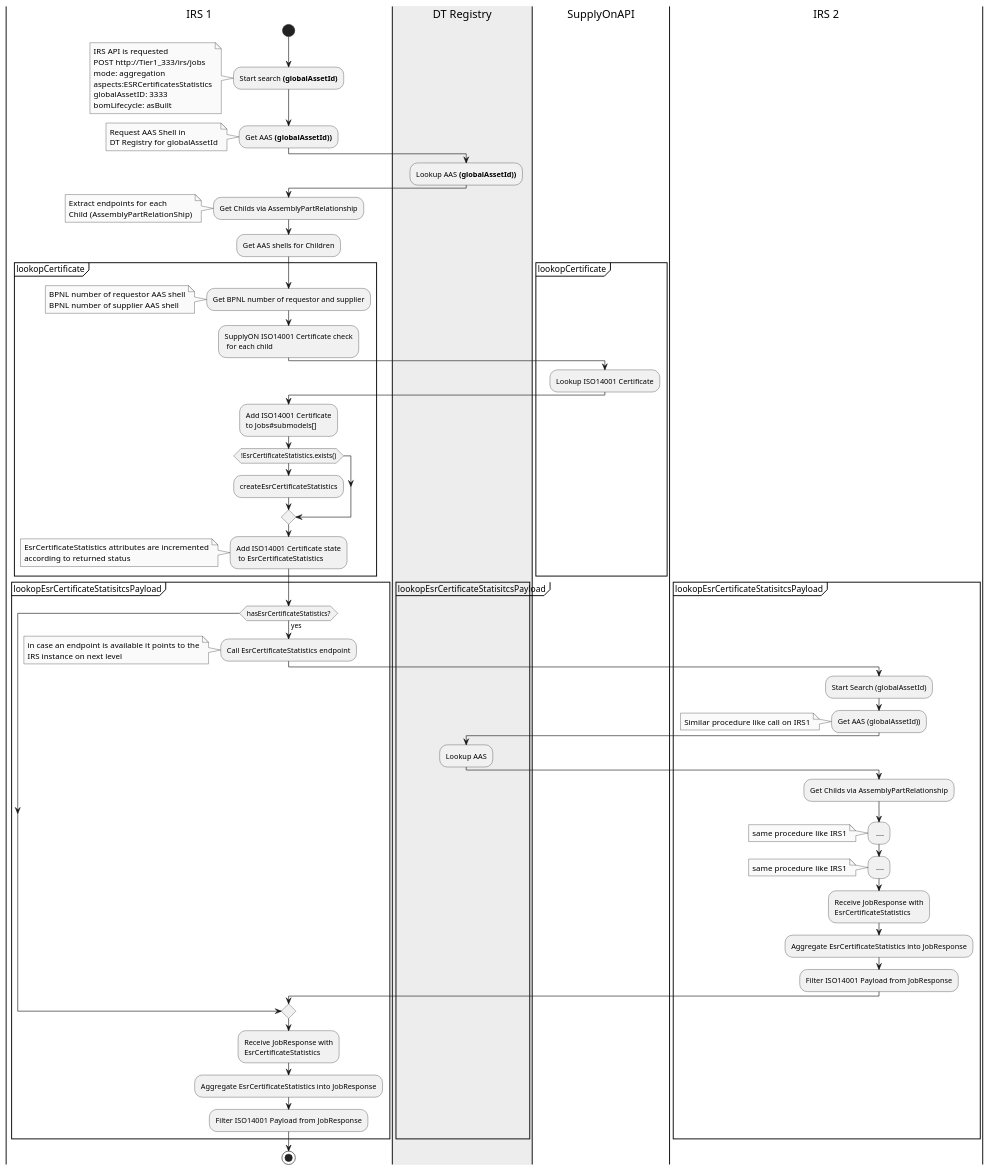
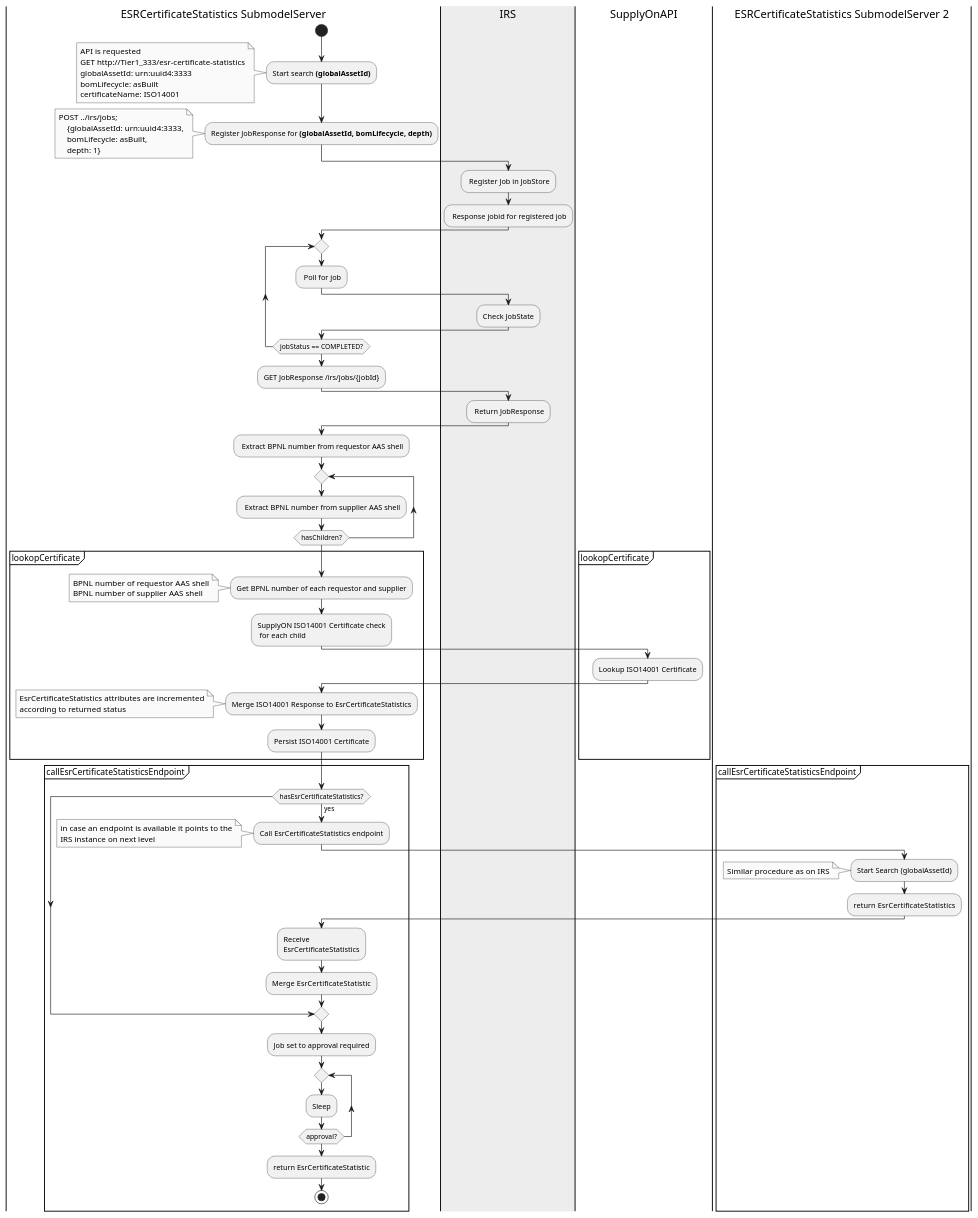
The diagram in uml-diagrams/spike/esr-certificates/esr-certificates-activity.puml (eclipse-tractusx/item-relationship-service), drawn with PlantUML before and after one commit.

Commit message:
chore(uml):[TRI-414] Update

```diff
--- a/uml-diagrams/spike/esr-certificates/esr-certificates-activity.puml
+++ b/uml-diagrams/spike/esr-certificates/esr-certificates-activity.puml
@@ -1,93 +1,96 @@
 @startuml
 skinparam monochrome true
 skinparam shadowing false
 
 
-|IRS 1|
+|ESRCertificateStatistics SubmodelServer|
 start
 :Start search **(globalAssetId)**;
 note
-    IRS API is requested
-    POST http://Tier1_333/irs/jobs
-    mode: aggregation
-    aspects:ESRCertificatesStatistics
-    globalAssetID: 3333
+    API is requested
+    GET http://Tier1_333/esr-certificate-statistics
+    globalAssetId: urn:uuid4:3333
     bomLifecycle: asBuilt
+    certificateName: ISO14001
 end note
-:Get AAS **(globalAssetId))**;
+:Register JobResponse for **(globalAssetId, bomLifecycle, depth)**;
 note
-    Request AAS Shell in
-    DT Registry for globalAssetId
+    POST ../irs/jobs;
+        {globalAssetId: urn:uuid4:3333,
+        bomLifecycle: asBuilt,
+        depth: 1}
 end note
-|#AntiqueWhite|DT Registry|
-:Lookup AAS **(globalAssetId))**;
-|IRS 1|
-:Get Childs via AssemblyPartRelationship;
-note
-    Extract endpoints for each
-    Child (AssemblyPartRelationShip)
-end note
-:Get AAS shells for Children;
+|#AntiqueWhite|IRS|
+: Register Job in JobStore;
+: Response jobid for registered job;
+|ESRCertificateStatistics SubmodelServer|
+
+repeat
+    : Poll for job;
+|IRS|
+:Check JobState;
+|ESRCertificateStatistics SubmodelServer|
+repeat while (jobStatus == COMPLETED?)
+:GET JobResponse /irs/jobs/{jobId};
+
+|IRS|
+: Return JobResponse;
+|ESRCertificateStatistics SubmodelServer|
+: Extract BPNL number from requestor AAS shell;
+repeat
+: Extract BPNL number from supplier AAS shell;
+repeat while (hasChildren?)
 
 partition lookopCertificate {
-:Get BPNL number of requestor and supplier;
+:Get BPNL number of each requestor and supplier;
 note
     BPNL number of requestor AAS shell
     BPNL number of supplier AAS shell
 end note
 :SupplyON ISO14001 Certificate check
  for each child;
 |SupplyOnAPI|
 :Lookup ISO14001 Certificate;
-|IRS 1|
-:Add ISO14001 Certificate
-to Jobs#submodels[];
-if (!EsrCertificateStatistics.exists()) then
-:createEsrCertificateStatistics;
-endif
-:Add ISO14001 Certificate state
- to EsrCertificateStatistics;
+
+
+|ESRCertificateStatistics SubmodelServer|
+:Merge ISO14001 Response to EsrCertificateStatistics;
 note
     EsrCertificateStatistics attributes are incremented
     according to returned status
 end note
+:Persist ISO14001 Certificate;
 }
-partition lookopEsrCertificateStatisitcsPayload {
+
+partition callEsrCertificateStatisticsEndpoint {
 if(hasEsrCertificateStatistics?) then (yes)
 :Call EsrCertificateStatistics endpoint;
 note
     in case an endpoint is available it points to the
     IRS instance on next level
 end note
-|IRS 2|
+
+
+
+|ESRCertificateStatistics SubmodelServer 2|
 :Start Search (globalAssetId);
-:Get AAS (globalAssetId));
 note
- Similar procedure like call on IRS1
+ Similar procedure as on IRS
 end note
-|#AntiqueWhite|DT Registry|
-:Lookup AAS;
-|IRS 2|
-:Get Childs via AssemblyPartRelationship;
-: ....;
-note
-    same procedure like IRS1
-end note
-: ....;
-note
-    same procedure like IRS1
-end note
-:Receive JobResponse with
+:return  EsrCertificateStatistics;
+|ESRCertificateStatistics SubmodelServer|
+:Receive
 EsrCertificateStatistics;
-:Aggregate EsrCertificateStatistics into JobResponse;
-:Filter ISO14001 Payload from JobResponse;
+:Merge  EsrCertificateStatistic;
+endif;
+|ESRCertificateStatistics SubmodelServer|
+:Job set to approval required;
+repeat
+:Sleep;
+repeat while (approval?)
 
-endif;
-|IRS 1|
-:Receive JobResponse with
-EsrCertificateStatistics;
-:Aggregate EsrCertificateStatistics into JobResponse;
-:Filter ISO14001 Payload from JobResponse;
-}
+:return EsrCertificateStatistic;
+
 stop
+
 @enduml
```
